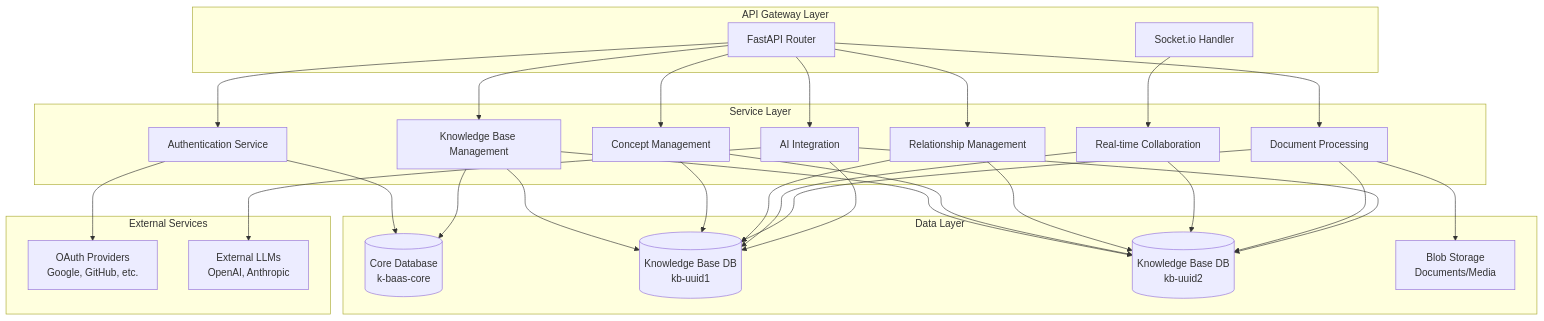
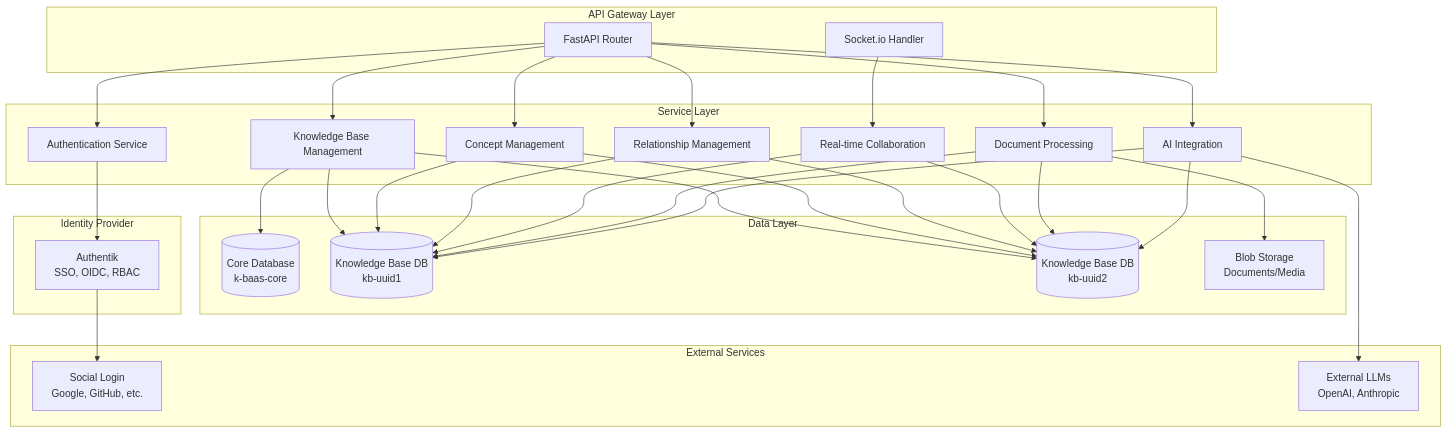
Before and after one commit to AIM-kennisplatformen/k-baas-2: the diagram in docs/architecture/components.md, drawn with Mermaid. The commit also changed other lines of this file and 29 other files, not shown here.

````diff
--- a/docs/architecture/components.md
+++ b/docs/architecture/components.md
@@ -115,60 +119,64 @@
 ```mermaid
 graph TB
     subgraph "API Gateway Layer"
         ROUTER[FastAPI Router]
         WEBSOCKET[Socket.io Handler]
     end
 
     subgraph "Service Layer"
         AUTH[Authentication Service]
         KB_MGT[Knowledge Base Management]
         CONCEPT[Concept Management]
         REL[Relationship Management]
         COLLAB[Real-time Collaboration]
         DOC[Document Processing]
         AI[AI Integration]
     end
 
     subgraph "Data Layer"
         CORE_DB[(Core Database<br/>k-baas-core)]
         KB_DB1[(Knowledge Base DB<br/>kb-uuid1)]
         KB_DB2[(Knowledge Base DB<br/>kb-uuid2)]
         BLOB[Blob Storage<br/>Documents/Media]
     end
 
+    subgraph "Identity Provider"
+        AUTHENTIK[Authentik<br/>SSO, OIDC, RBAC]
+    end
+
     subgraph "External Services"
-        OAUTH[OAuth Providers<br/>Google, GitHub, etc.]
+        SOCIAL[Social Login<br/>Google, GitHub, etc.]
         LLM[External LLMs<br/>OpenAI, Anthropic]
     end
 
+    AUTHENTIK --> SOCIAL
     ROUTER --> AUTH
     ROUTER --> KB_MGT
     ROUTER --> CONCEPT
     ROUTER --> REL
     ROUTER --> DOC
     ROUTER --> AI
 
     WEBSOCKET --> COLLAB
 
-    AUTH --> CORE_DB
-    AUTH --> OAUTH
+    AUTH --> AUTHENTIK
     KB_MGT --> CORE_DB
     KB_MGT --> KB_DB1
     KB_MGT --> KB_DB2
 
     CONCEPT --> KB_DB1
     CONCEPT --> KB_DB2
     REL --> KB_DB1
     REL --> KB_DB2
 
     COLLAB --> KB_DB1
     COLLAB --> KB_DB2
 
     DOC --> BLOB
     DOC --> KB_DB1
     DOC --> KB_DB2
 
     AI --> LLM
     AI --> KB_DB1
     AI --> KB_DB2
 ```
````
